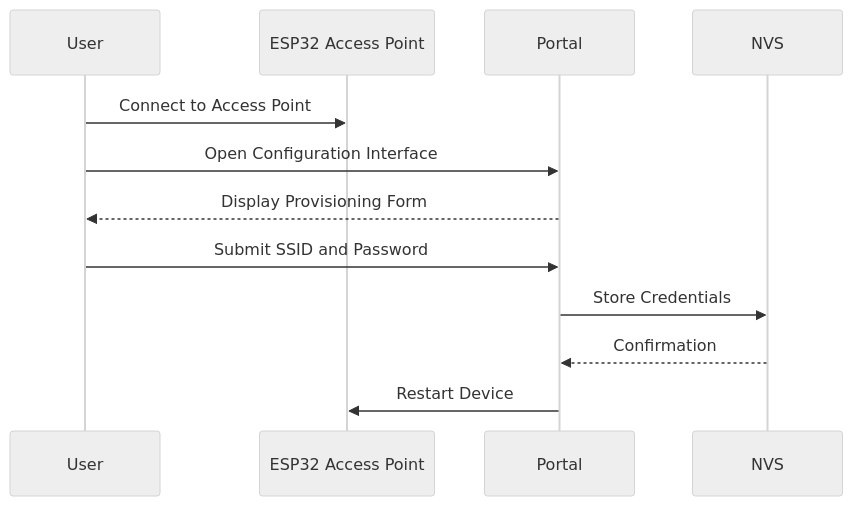
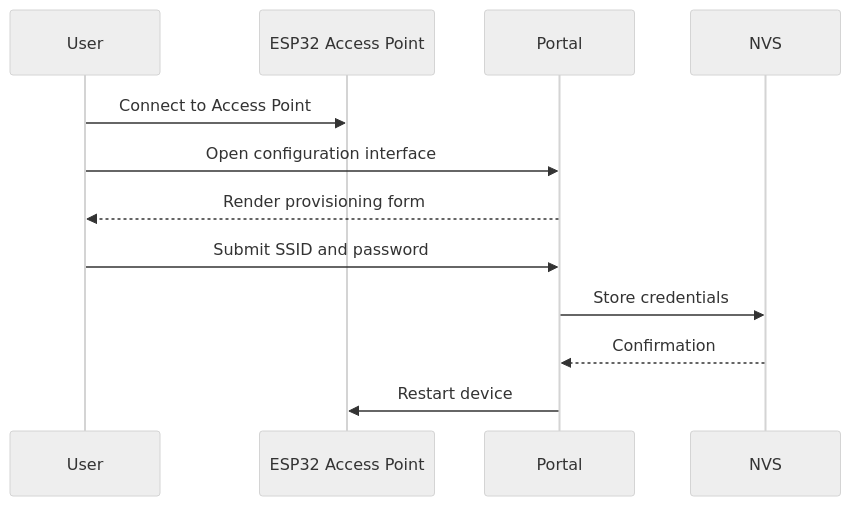
The third of 5 diagrams in README.md (paulocfmarques-collab/esp32_wifi), drawn with Mermaid (neutral theme) before and after one commit. The commit also changed other lines of this file, not shown here.

Commit message:
Refine the README with a more premium and polished structure while preserving the project details and architecture information.

````diff
--- a/README.md
+++ b/README.md
@@ -106,22 +113,15 @@
 ```mermaid
 sequenceDiagram
-
     participant User
     participant AP as ESP32 Access Point
     participant Portal
     participant NVS
 
     User->>AP: Connect to Access Point
-
-    User->>Portal: Open Configuration Interface
-
-    Portal-->>User: Display Provisioning Form
-
-    User->>Portal: Submit SSID and Password
-
-    Portal->>NVS: Store Credentials
-
+    User->>Portal: Open configuration interface
+    Portal-->>User: Render provisioning form
+    User->>Portal: Submit SSID and password
+    Portal->>NVS: Store credentials
     NVS-->>Portal: Confirmation
-
-    Portal->>AP: Restart Device
+    Portal->>AP: Restart device
 ```
````
